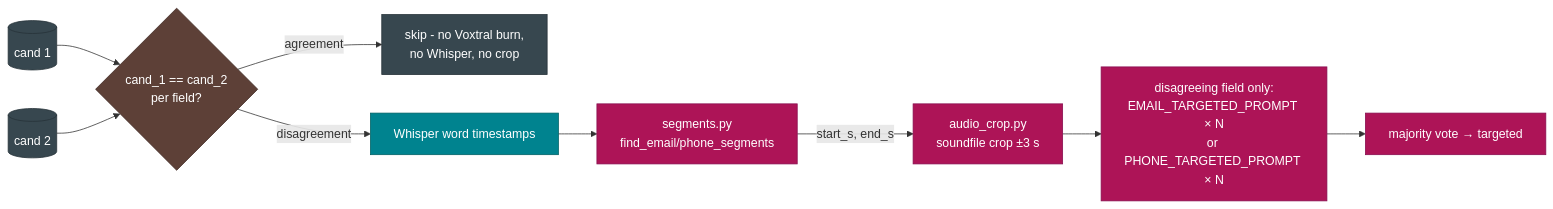
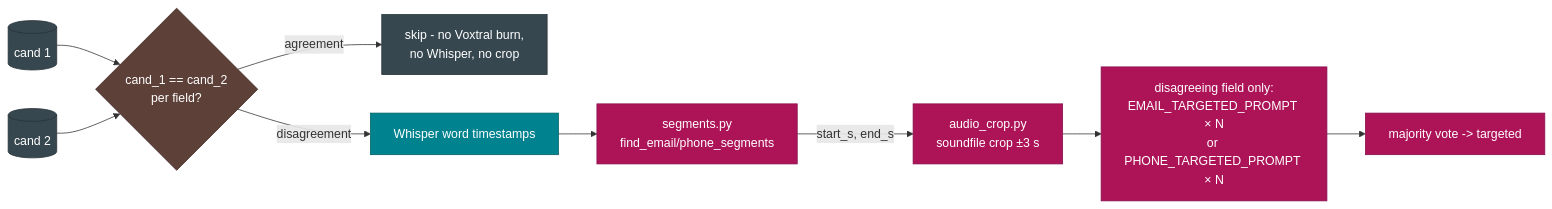
Before and after one commit to melih-unsal/phone_challange: the third of 8 diagrams in PIPELINE.md, drawn with Mermaid. The commit also changed other lines of this file and 10 other files, not shown here.

````diff
--- a/PIPELINE.md
+++ b/PIPELINE.md
@@ -118,19 +118,19 @@
 ```mermaid
 flowchart LR
     c1[(cand 1)] --> g{cand_1 == cand_2<br/>per field?}
     c2[(cand 2)] --> g
     g -- agreement --> skip[skip - no Voxtral burn,<br/>no Whisper, no crop]
     g -- disagreement --> wd[Whisper word timestamps] --> det[segments.py<br/>find_email/phone_segments]
     det -->|start_s, end_s| crop[audio_crop.py<br/>soundfile crop ±3 s]
     crop --> rl[disagreeing field only:<br/>EMAIL_TARGETED_PROMPT × N<br/>or PHONE_TARGETED_PROMPT × N]
-    rl --> vote[majority vote → targeted]
+    rl --> vote[majority vote -> targeted]
 
     classDef gate fill:#5d4037,stroke:#3e2723,color:#ffffff
     classDef whisper fill:#00838f,stroke:#006064,color:#ffffff
     classDef pink fill:#ad1457,stroke:#880e4f,color:#ffffff
     classDef neutral fill:#37474f,stroke:#263238,color:#ffffff
     class g gate
     class wd whisper
     class det,crop,rl,vote pink
     class c1,c2,skip neutral
 ```
````
